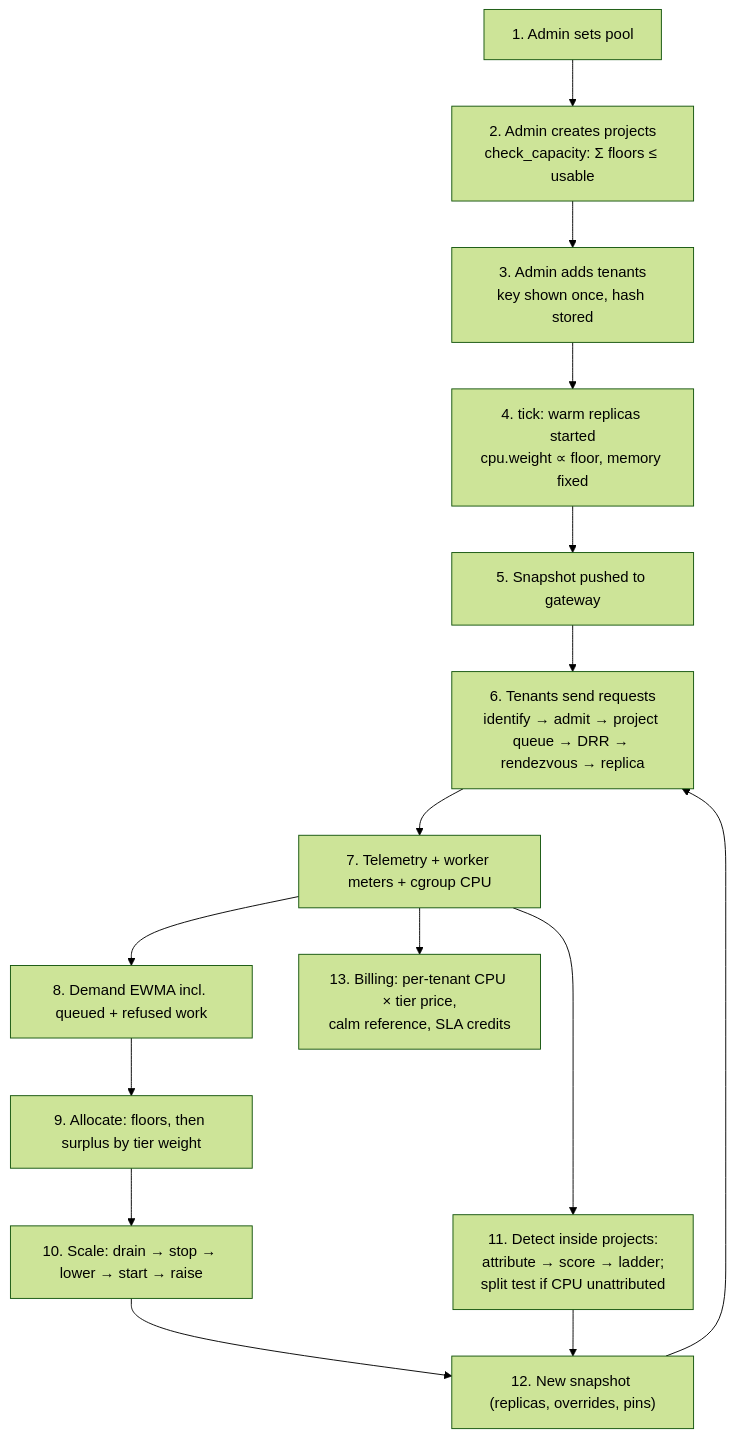
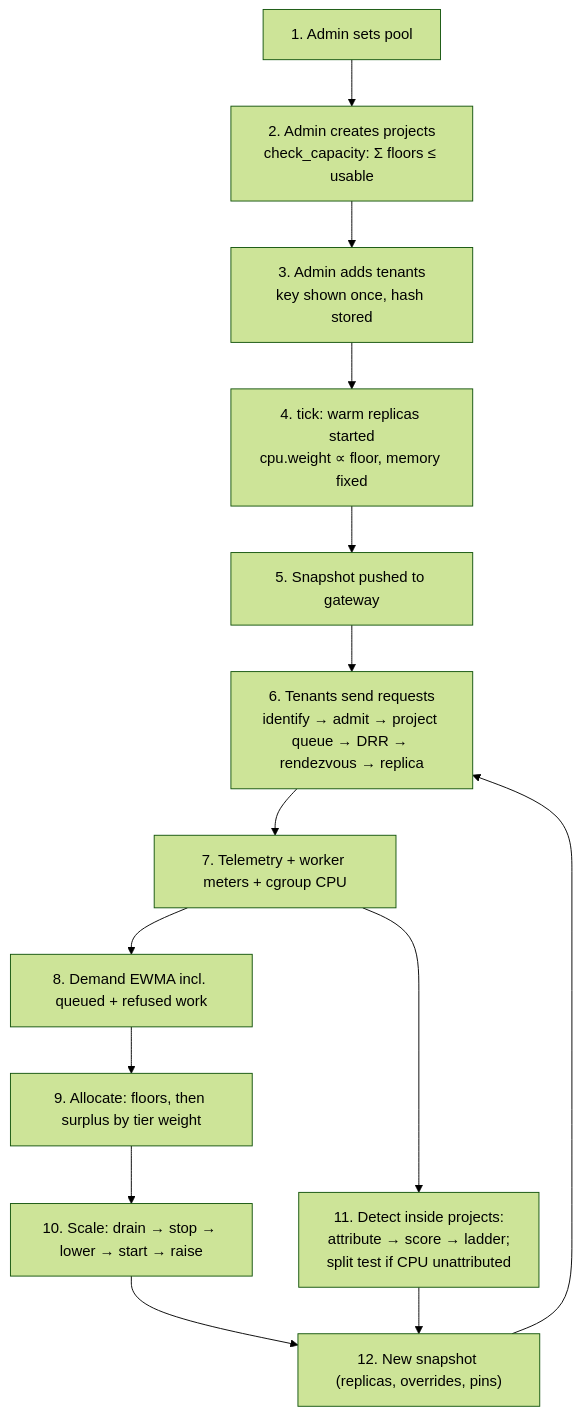
Before and after one commit to yashodeepchaudhari/tenantguard: the fifth of 21 diagrams in docs/v2/06_DIAGRAMS.md, drawn with Mermaid (forest theme). The commit also changed other lines of this file and 10 other files, not shown here.

````diff
--- a/docs/v2/06_DIAGRAMS.md
+++ b/docs/v2/06_DIAGRAMS.md
@@ -121,16 +119,15 @@
 ```mermaid
 flowchart TD
   S1["1. Admin sets pool"] --> S2["2. Admin creates projects<br/>check_capacity: Σ floors ≤ usable"]
   S2 --> S3["3. Admin adds tenants<br/>key shown once, hash stored"]
   S3 --> S4["4. tick: warm replicas started<br/>cpu.weight ∝ floor, memory fixed"]
   S4 --> S5["5. Snapshot pushed to gateway"]
   S5 --> S6["6. Tenants send requests<br/>identify → admit → project queue → DRR → rendezvous → replica"]
   S6 --> S7["7. Telemetry + worker meters + cgroup CPU"]
   S7 --> S8["8. Demand EWMA incl. queued + refused work"]
   S8 --> S9["9. Allocate: floors, then surplus by tier weight"]
   S9 --> S10["10. Scale: drain → stop → lower → start → raise"]
   S7 --> S11["11. Detect inside projects:<br/>attribute → score → ladder;<br/>split test if CPU unattributed"]
   S10 & S11 --> S12["12. New snapshot (replicas, overrides, pins)"]
   S12 --> S6
-  S7 --> S13["13. Billing: per-tenant CPU × tier price,<br/>calm reference, SLA credits"]
 ```
````
